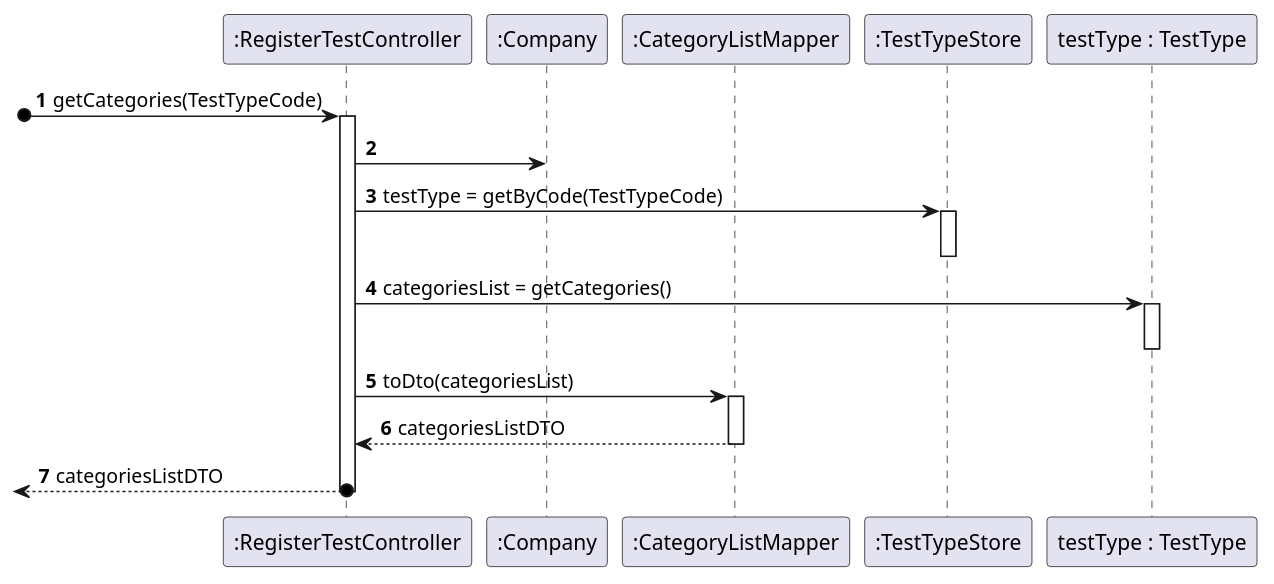
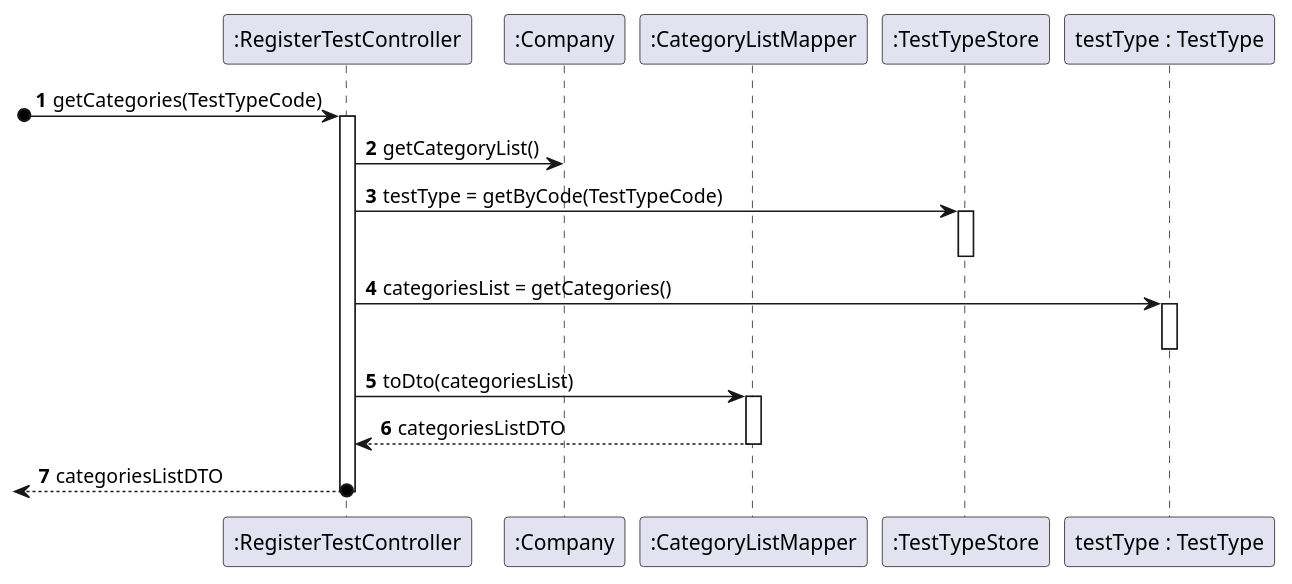
Before and after one commit to MarianaCLages/LAPR2: the diagram in docs/SprintC/US04/SD_getCategories(TestTypeCode).puml, drawn with PlantUML. The commit also changed 25 other files, not shown here.

```diff
--- a/docs/SprintC/US04/SD_getCategories(TestTypeCode).puml
+++ b/docs/SprintC/US04/SD_getCategories(TestTypeCode).puml
@@ -1,27 +1,27 @@
 @startuml
 'https://plantuml.com/sequence-diagram
 participant ":RegisterTestController" as ctrl
 participant ":Company" as comp
 participant ":CategoryListMapper" as catMapper
 participant ":TestTypeStore" as ttStore
 participant "testType : TestType" as tt
 
 autonumber
 [o-> ctrl: getCategories(TestTypeCode)
 activate ctrl
-ctrl -> comp:
+ctrl -> comp: getCategoryList()
 ctrl -> ttStore:testType = getByCode(TestTypeCode)
 activate ttStore
 deactivate ttStore
 ctrl -> tt: categoriesList = getCategories()
 activate tt
 deactivate tt
 ctrl -> catMapper: toDto(categoriesList)
 activate catMapper
 return categoriesListDTO
 return categoriesListDTO
 deactivate catMapper
 
 deactivate ctrl
 
 @enduml
```
